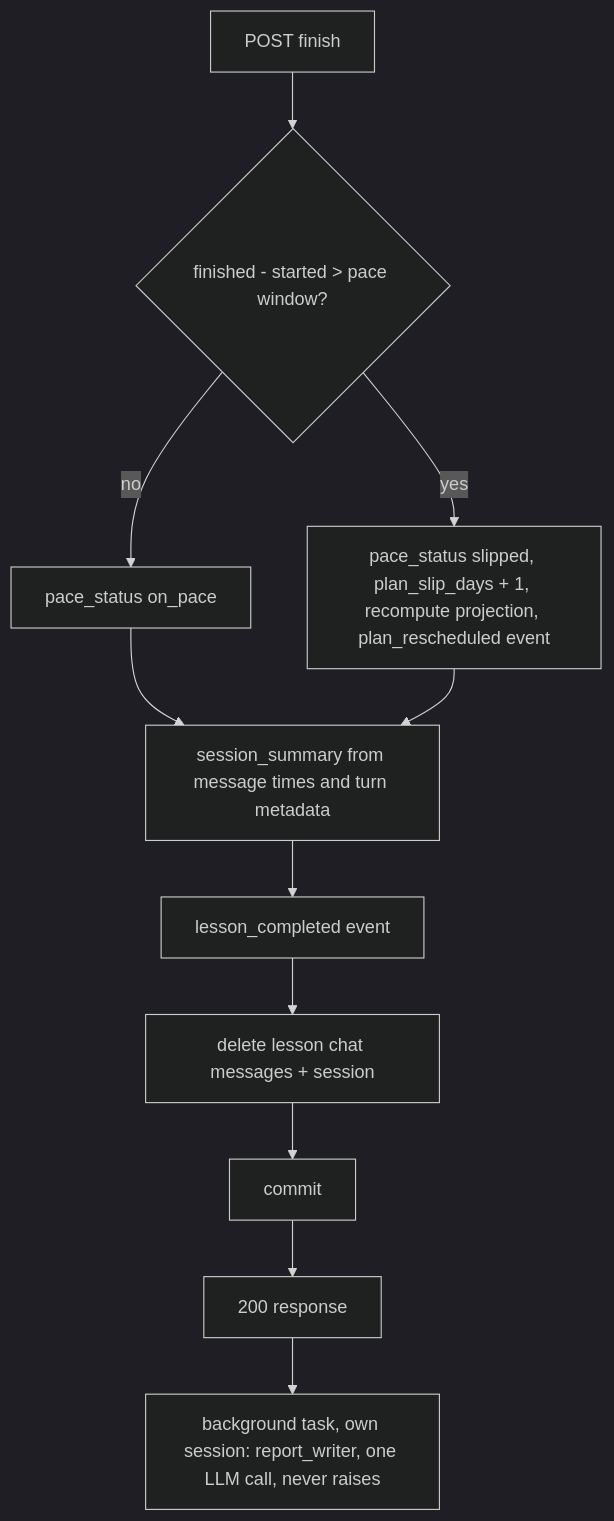
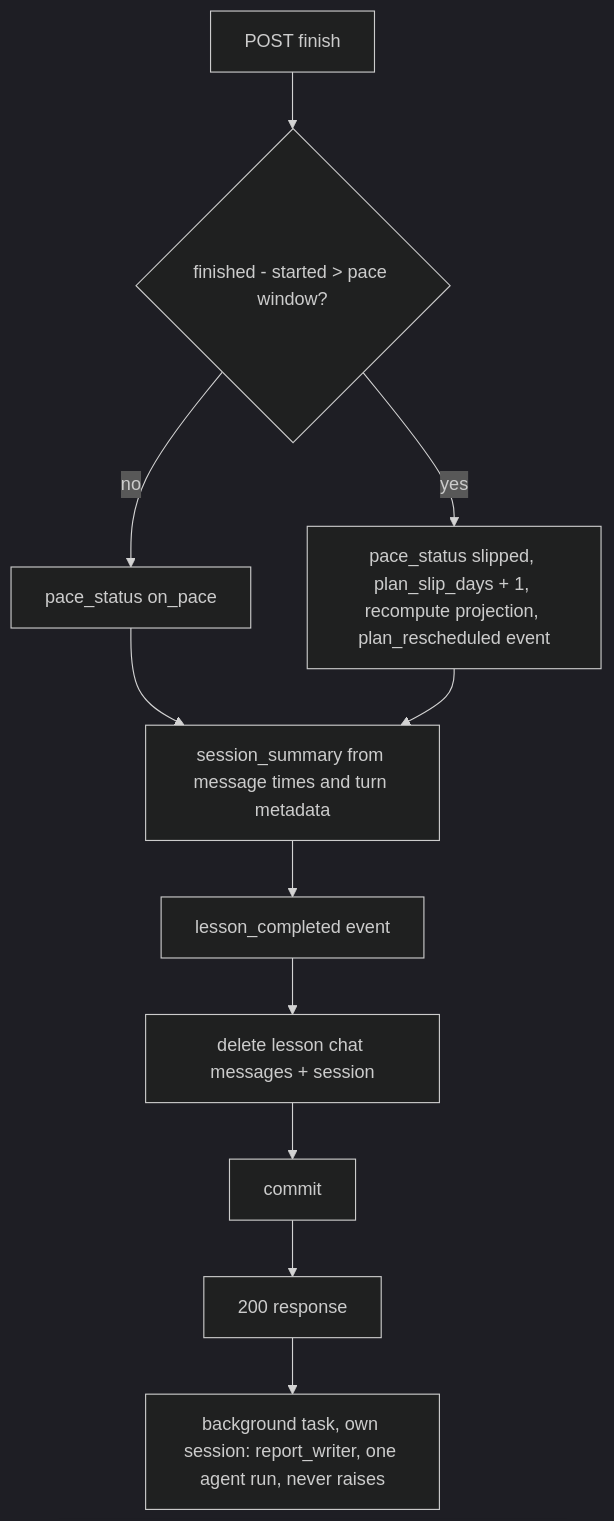
Before and after one commit to paulpolz/lingua-coach: the fourth of 4 diagrams in docs/tech_requirements/backend.md, drawn with Mermaid (dark theme). The commit also changed other lines of this file and 52 other files, not shown here.

````diff
--- a/docs/tech_requirements/backend.md
+++ b/docs/tech_requirements/backend.md
@@ -180,13 +193,13 @@
 ```mermaid
 flowchart TD
   f[POST finish] --> pace{finished - started > pace window?}
   pace -- no --> on[pace_status on_pace]
   pace -- yes --> slip[pace_status slipped, plan_slip_days + 1, recompute projection, plan_rescheduled event]
   on --> sum[session_summary from message times and turn metadata]
   slip --> sum
   sum --> ev[lesson_completed event]
   ev --> del[delete lesson chat messages + session]
   del --> commit[commit]
   commit --> resp[200 response]
-  resp --> bg[background task, own session: report_writer, one LLM call, never raises]
+  resp --> bg[background task, own session: report_writer, one agent run, never raises]
 ```
````
